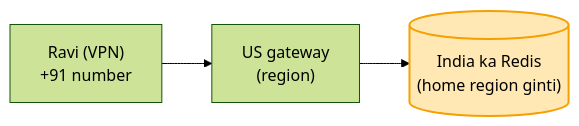
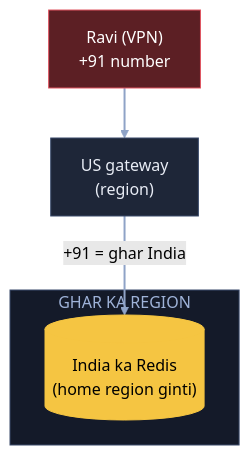
The ninth of 9 diagrams in 04_HLD/SYSTEM_DESIGNS/02_rate_limiter/02_rate_limiter.md (ArpanMaheshwari144/Prep), drawn with Mermaid (forest theme) before and after one commit. The commit also changed other lines of this file, not shown here.

Commit message:
Rate limiter: 9 diagram YouTube (reel) wale card andaaz me

````diff
--- a/04_HLD/SYSTEM_DESIGNS/02_rate_limiter/02_rate_limiter.md
+++ b/04_HLD/SYSTEM_DESIGNS/02_rate_limiter/02_rate_limiter.md
@@ -213,6 +314,16 @@
 ```mermaid
-flowchart LR
-    R["Ravi (VPN)<br/>+91 number"] --> US["US gateway<br/>(region)"]
-    US --> IN[("India ka Redis<br/>(home region ginti)")]
-    style IN fill:#ffe8b3,stroke:#f59f00,stroke-width:2px,color:#000
+flowchart TB
+    R["Ravi (VPN)<br/>+91 number"]:::bad
+    US["US gateway<br/>(region)"]:::card
+    subgraph HM["GHAR KA REGION"]
+        IN[("India ka Redis<br/>(home region ginti)")]:::pill
+    end
+    R --> US
+    US -- "+91 = ghar India" --> IN
+    linkStyle default stroke:#8fa3c7,stroke-width:2px
+    classDef card fill:#1e2638,stroke:#3a4a6b,color:#e8ecf5
+    classDef pill fill:#f5c542,stroke:#f5c542,color:#000
+    classDef good fill:#2e7d4f,stroke:#3fbf6f,color:#fff
+    classDef bad fill:#5c1f24,stroke:#e05561,color:#fff
+    style HM fill:#141a29,stroke:#3a4a6b,color:#9fb3d9
 ```
````
